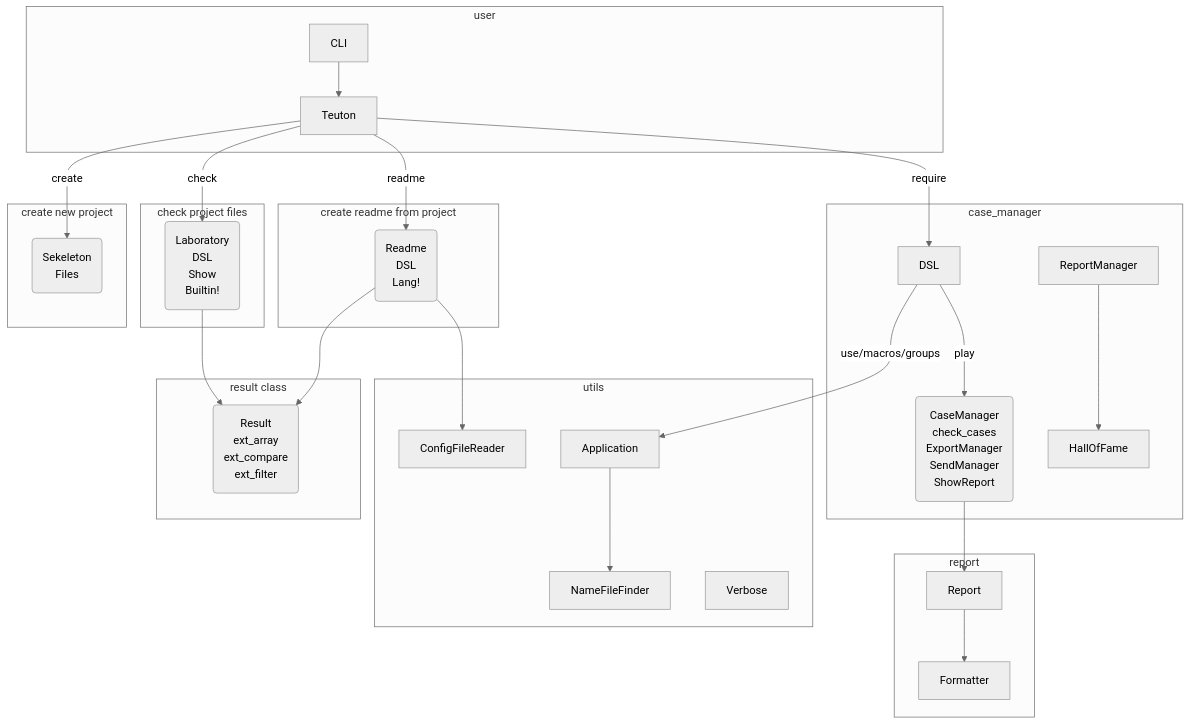
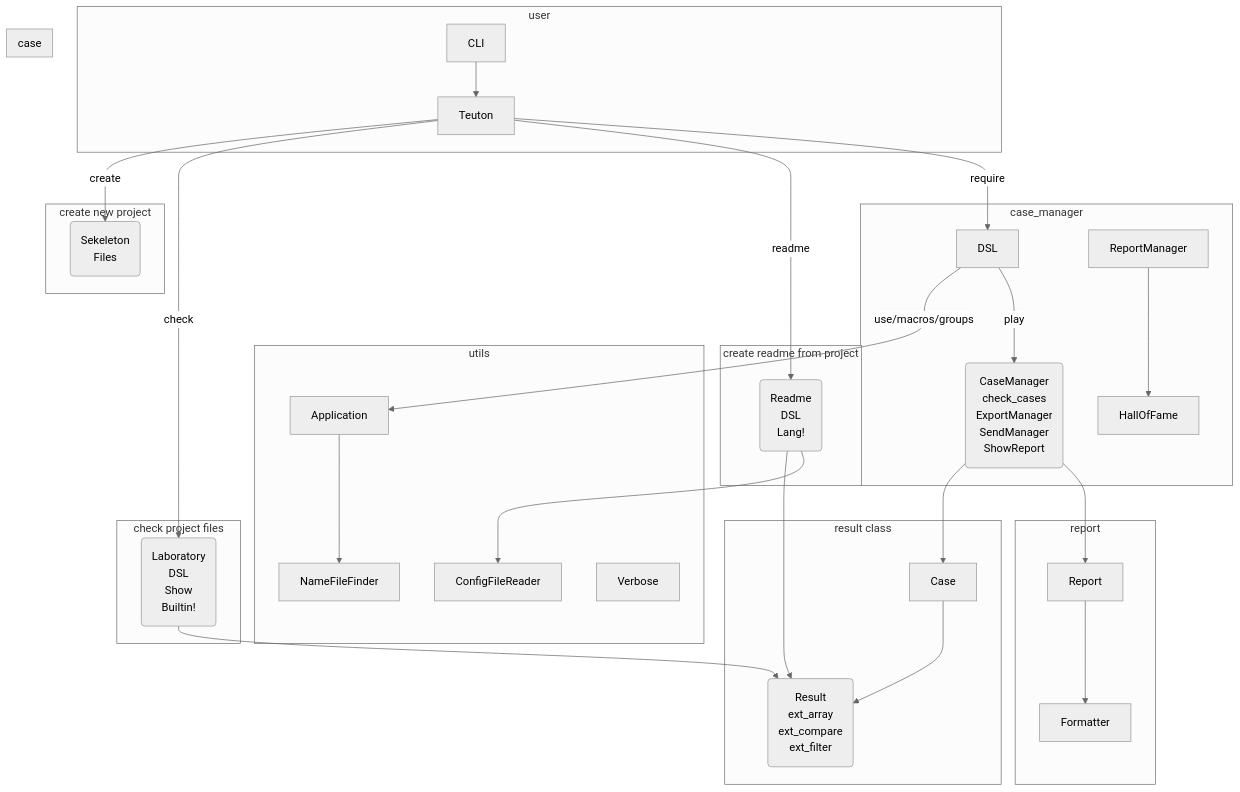
Before and after one commit to teuton-software/teuton: the diagram in docs/diagram.md, drawn with Mermaid (neutral theme).

````diff
--- a/docs/diagram.md
+++ b/docs/diagram.md
@@ -5,42 +5,47 @@
 ```mermaid
 flowchart TB
 
 subgraph user
   CLI --> Teuton
 end
 
 subgraph "create new project"
   Teuton -- create --> Skeleton("Sekeleton\nFiles")
 end
 
 subgraph "check project files"
   Teuton -- check --> Laboratory("Laboratory\nDSL\nShow\nBuiltin!")
 end
 
 subgraph "create readme from project"
   Teuton -- readme --> Readme("Readme\nDSL\nLang!")
 end
 
 subgraph "result class"
   Laboratory --> Result
   Readme --> Result("Result\next_array\next_compare\next_filter")
+  Case --> Result
 end
 
 subgraph utils
   Readme --> ConfigFileReader
   Application --> NameFileFinder
   Verbose
 end
 
 subgraph case_manager
   Teuton -- require --> DSL
   DSL -- use/macros/groups --> Application
   DSL -- play --> CaseManager("CaseManager\ncheck_cases\nExportManager\nSendManager\nShowReport")
   ReportManager --> HallOfFame
 end
 
+subgraph case
+  CaseManager --> Case
+end
+
 subgraph report
   CaseManager --> Report
   Report --> Formatter
 end
 ```
````
